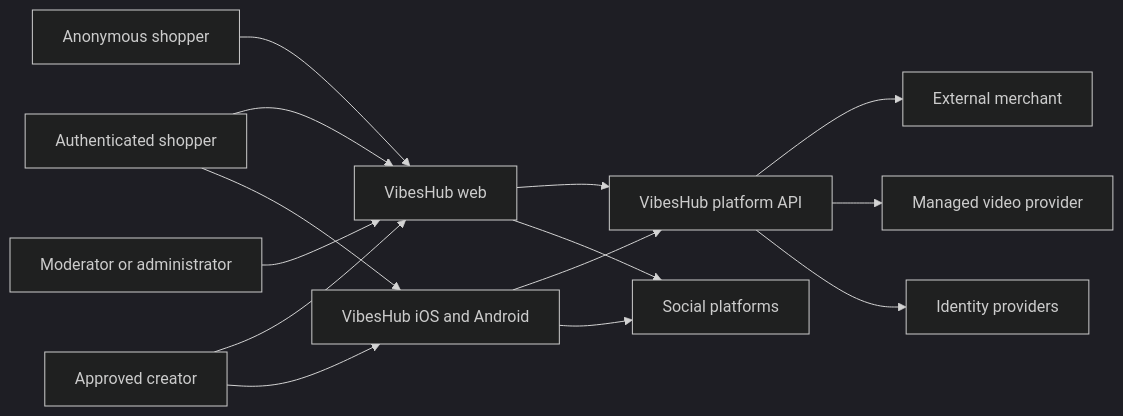
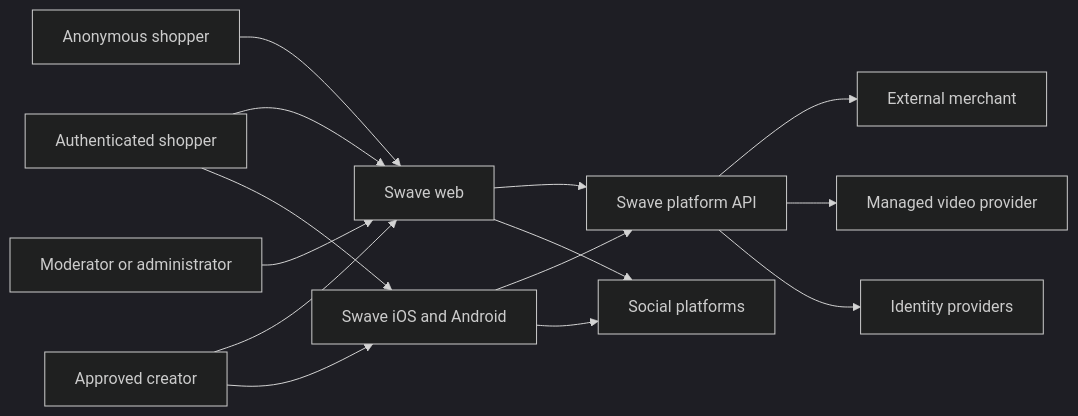
One commit to omriweinsteinPersonal/VibesHub changed the first of 2 diagrams in docs/architecture/01-system-architecture.md. Above: the diagram before and after it, drawn with Mermaid (dark theme). The commit also changed other lines of this file and 57 other files, not shown here.

Commit message:
Rebrand platform to Swave and refine storefront UI

````diff
--- a/docs/architecture/01-system-architecture.md
+++ b/docs/architecture/01-system-architecture.md
@@ -23,31 +23,31 @@
 ```mermaid
 flowchart LR
     Guest[Anonymous shopper]
     Shopper[Authenticated shopper]
     Creator[Approved creator]
     Staff[Moderator or administrator]
 
-    Web[VibesHub web]
-    Mobile[VibesHub iOS and Android]
-    Platform[VibesHub platform API]
+    Web[Swave web]
+    Mobile[Swave iOS and Android]
+    Platform[Swave platform API]
 
     Merchant[External merchant]
     Social[Social platforms]
     Video[Managed video provider]
     Identity[Identity providers]
 
     Guest --> Web
     Shopper --> Web
     Shopper --> Mobile
     Creator --> Web
     Creator --> Mobile
     Staff --> Web
 
     Web --> Platform
     Mobile --> Platform
     Platform --> Merchant
     Platform --> Video
     Platform --> Identity
     Web --> Social
     Mobile --> Social
 ```
````
